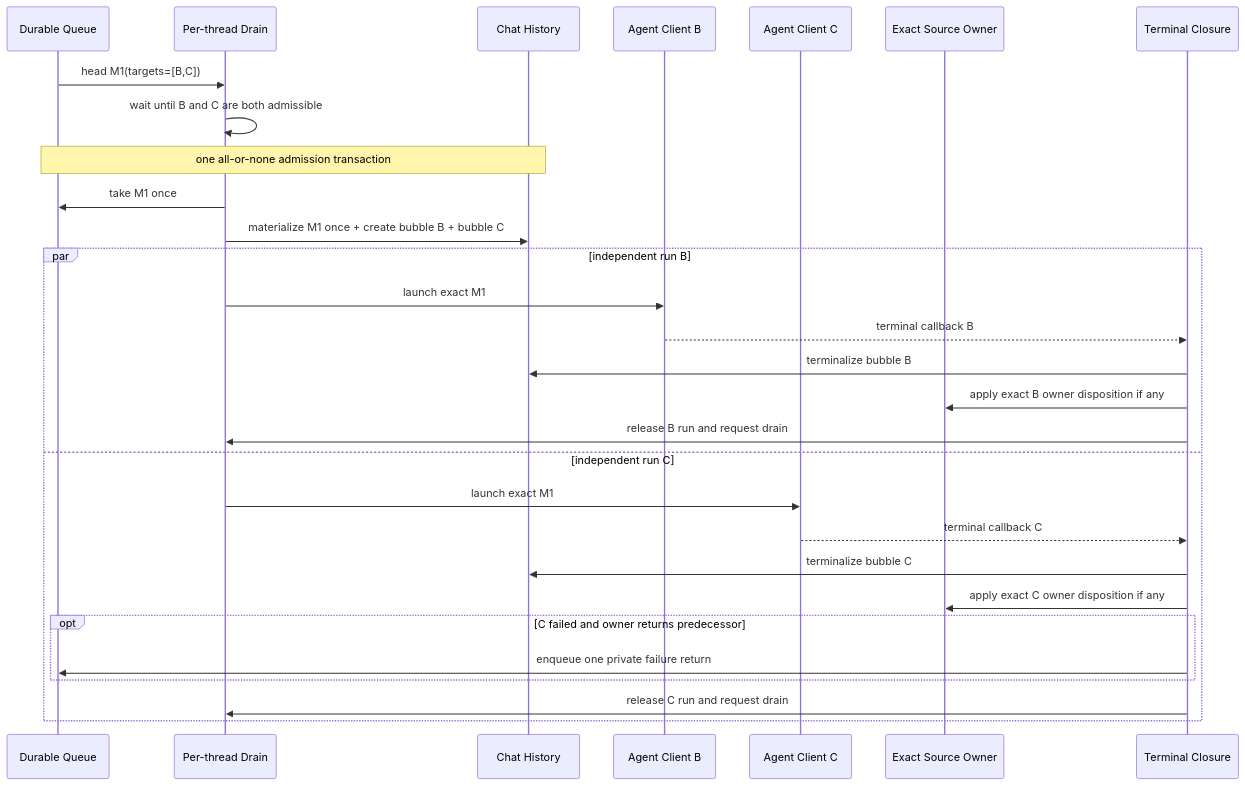
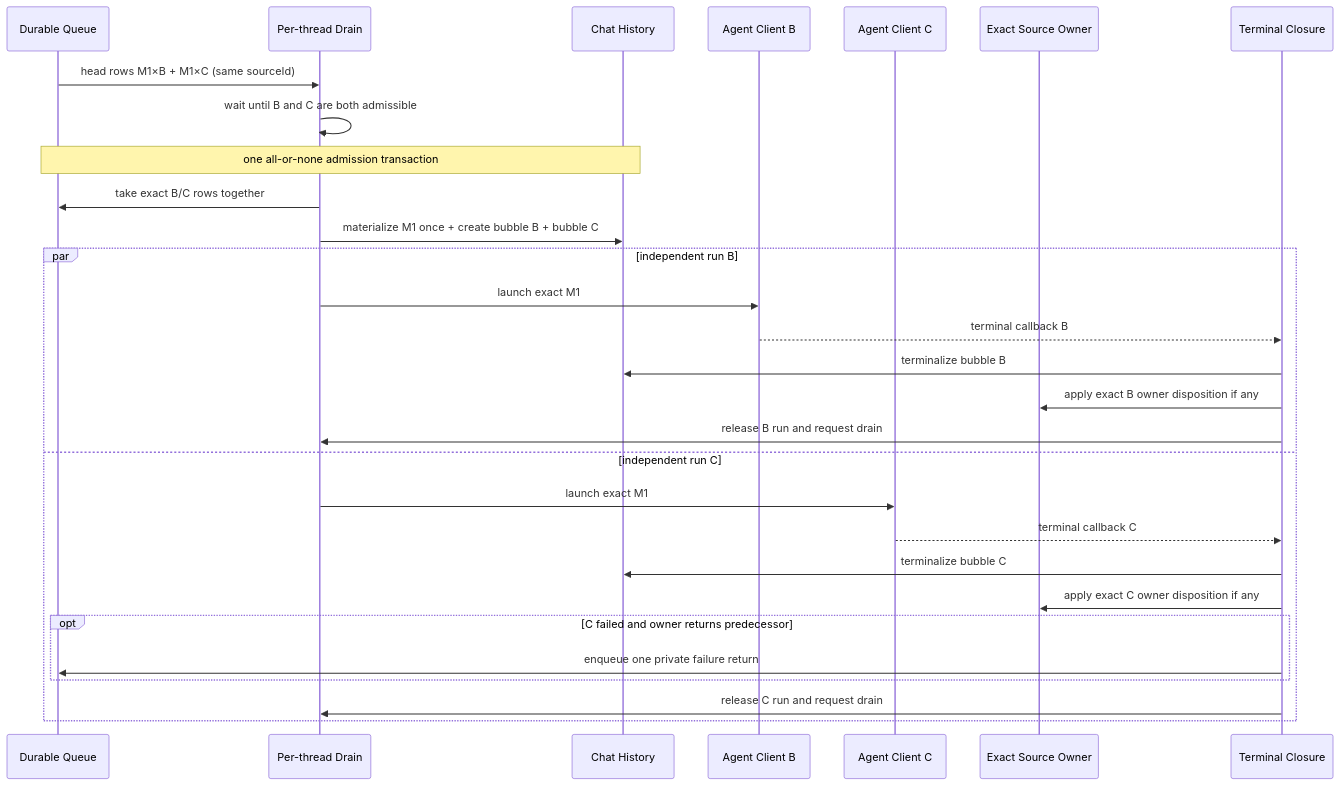
The fourth of 8 diagrams in docs/architecture/message-delivery-handling-handoff-audit.md (mindfn/clowder-ai), drawn with Mermaid before and after one commit. The commit also changed other lines of this file and 43 other files, not shown here.

````diff
--- a/docs/architecture/message-delivery-handling-handoff-audit.md
+++ b/docs/architecture/message-delivery-handling-handoff-audit.md
@@ -213,32 +213,32 @@
 ```mermaid
 sequenceDiagram
     participant Q as Durable Queue
     participant D as Per-thread Drain
     participant H as Chat History
     participant B as Agent Client B
     participant C as Agent Client C
     participant O as Exact Source Owner
     participant T as Terminal Closure
 
-    Q->>D: head M1(targets=[B,C])
+    Q->>D: head rows M1×B + M1×C (same sourceId)
     D->>D: wait until B and C are both admissible
     Note over Q,H: one all-or-none admission transaction
-    D->>Q: take M1 once
+    D->>Q: take exact B/C rows together
     D->>H: materialize M1 once + create bubble B + bubble C
     par independent run B
         D->>B: launch exact M1
         B-->>T: terminal callback B
         T->>H: terminalize bubble B
         T->>O: apply exact B owner disposition if any
         T->>D: release B run and request drain
     and independent run C
         D->>C: launch exact M1
         C-->>T: terminal callback C
         T->>H: terminalize bubble C
         T->>O: apply exact C owner disposition if any
         opt C failed and owner returns predecessor
             T->>Q: enqueue one private failure return
         end
         T->>D: release C run and request drain
     end
 ```
````
